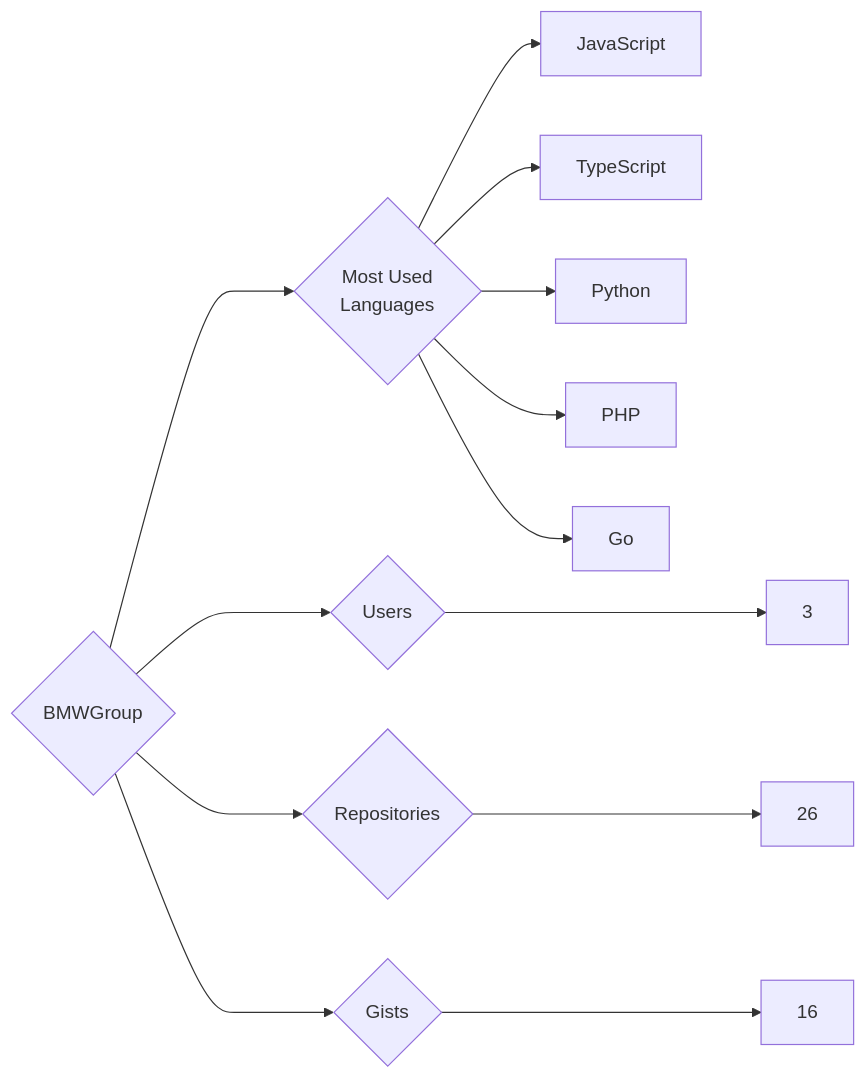
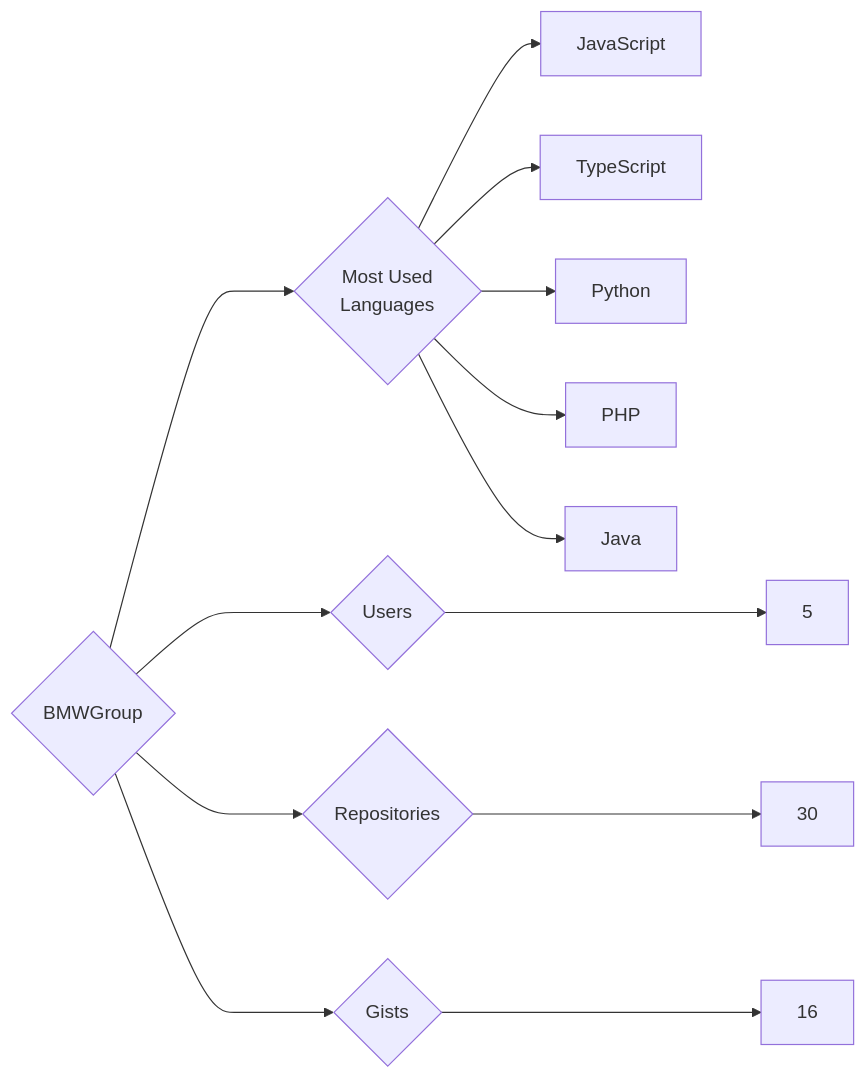
The diagram in targets/BMWGroup/README.md (trickest/insiders), drawn with Mermaid before and after one commit. The commit also changed 776 other files, not shown here.

````diff
--- a/targets/BMWGroup/README.md
+++ b/targets/BMWGroup/README.md
@@ -3,13 +3,13 @@
 ```mermaid
 graph LR
 COMPANY_NAME{BMWGroup}
-COMPANY_NAME ---> U{Users} ---> UN[3]
-COMPANY_NAME ---> R{Repositories} ---> RN[26]
+COMPANY_NAME ---> U{Users} ---> UN[5]
+COMPANY_NAME ---> R{Repositories} ---> RN[30]
 COMPANY_NAME ---> G{Gists} ---> GN[16]
 COMPANY_NAME ---> ML{Most Used<br>Languages}
 ML --> JavaScript[JavaScript]
 ML --> TypeScript[TypeScript]
 ML --> Python[Python]
 ML --> PHP[PHP]
-ML --> Go[Go]
+ML --> Java[Java]
 ```
````
